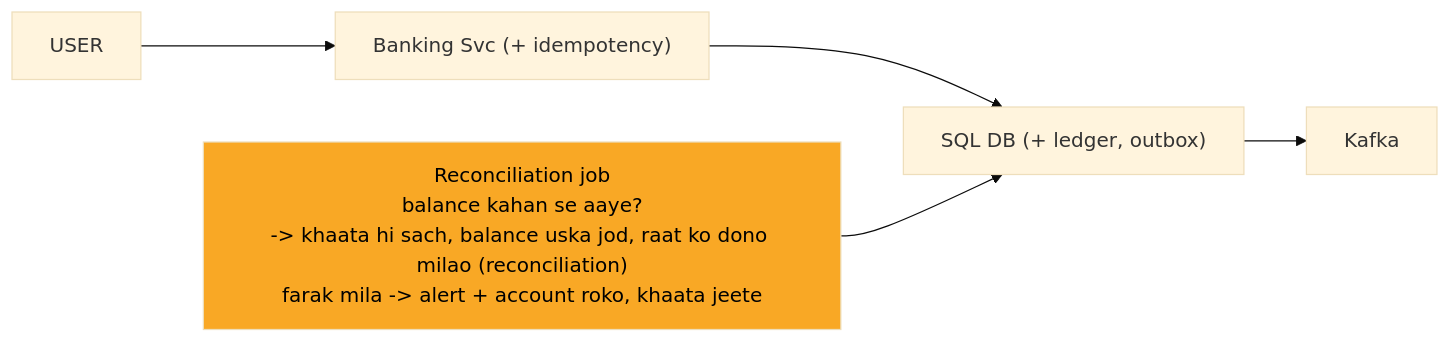
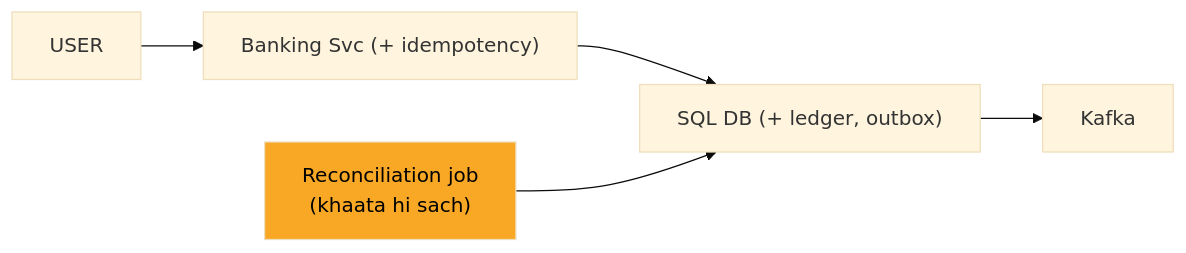
One commit to ArpanMaheshwari144/Prep changed the diagram in 04_HLD/SYSTEM_DESIGNS/13_banking_system/img/c6.mmd. Above: the diagram before and after it, drawn with Mermaid (base theme). The commit also changed 46 other files, not shown here.

```diff
--- a/04_HLD/SYSTEM_DESIGNS/13_banking_system/img/c6.mmd
+++ b/04_HLD/SYSTEM_DESIGNS/13_banking_system/img/c6.mmd
@@ -1,12 +1,12 @@
 %%{init: {"flowchart": {"wrappingWidth": 450}}}%%
 flowchart LR
     n_USER["USER"]
     n_SVC["Banking Svc (+ idempotency)"]
     n_DB["SQL DB (+ ledger, outbox)"]
     n_K["Kafka"]
-    n_REC["Reconciliation job<br/>balance kahan se aaye?<br/>-> khaata hi sach, balance uska jod, raat ko dono milao (reconciliation)<br/>farak mila -> alert + account roko, khaata jeete"]
+    n_REC["Reconciliation job<br/>(khaata hi sach)"]
     n_USER --> n_SVC
     n_SVC --> n_DB
     n_DB --> n_K
     n_REC --> n_DB
     style n_REC fill:#f9a825,color:#000
```
